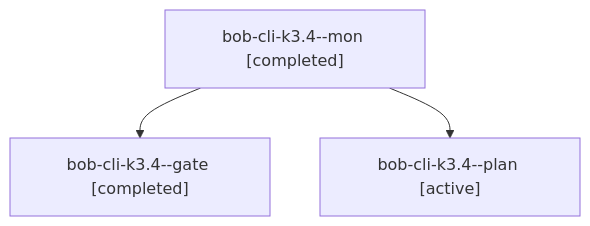
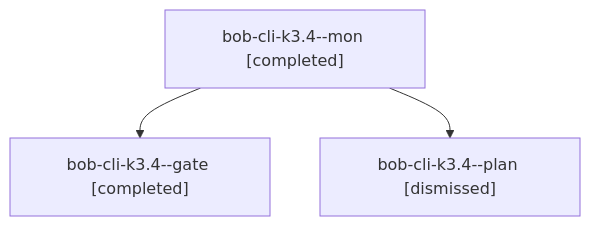
Before and after one commit to bobs-org/bob-cli--agents: the diagram in sessions/bbugyi200.athena.bob-cli-k3.4.md, drawn with Mermaid. The commit also changed other lines of this file and 89 other files, not shown here.

````diff
--- a/sessions/bbugyi200.athena.bob-cli-k3.4.md
+++ b/sessions/bbugyi200.athena.bob-cli-k3.4.md
@@ -9,8 +9,8 @@
 ```mermaid
 flowchart TD
   n0["bob-cli-k3.4--mon [completed]"]
   n1["bob-cli-k3.4--gate [completed]"]
   n0 --> n1
-  n2["bob-cli-k3.4--plan [active]"]
+  n2["bob-cli-k3.4--plan [dismissed]"]
   n0 --> n2
 ```
````
